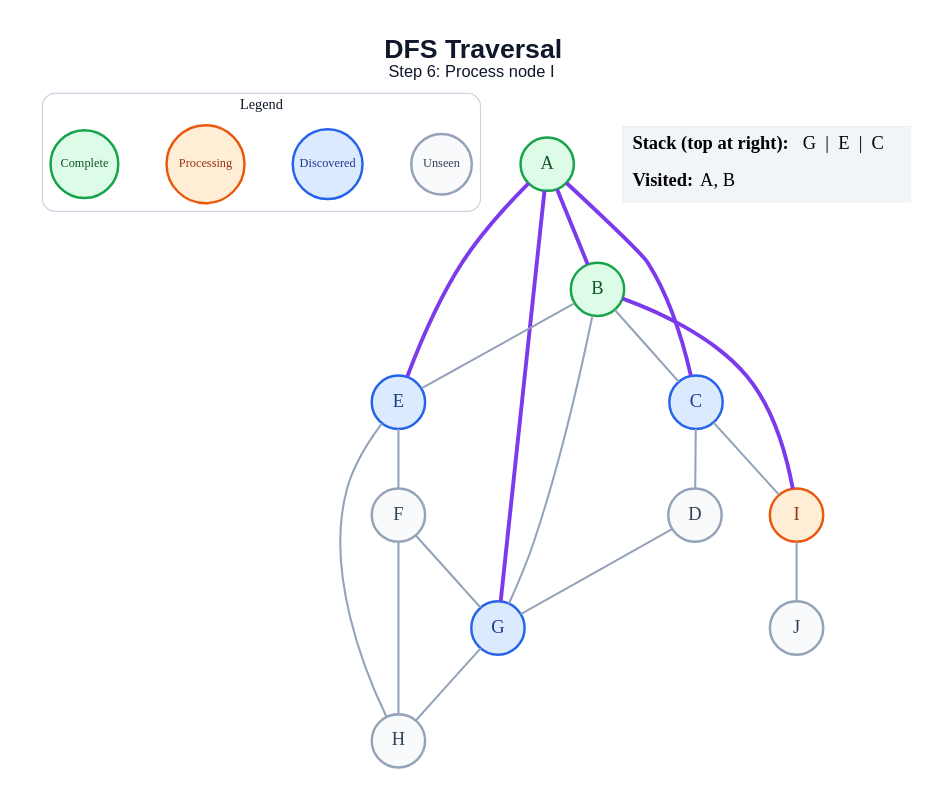
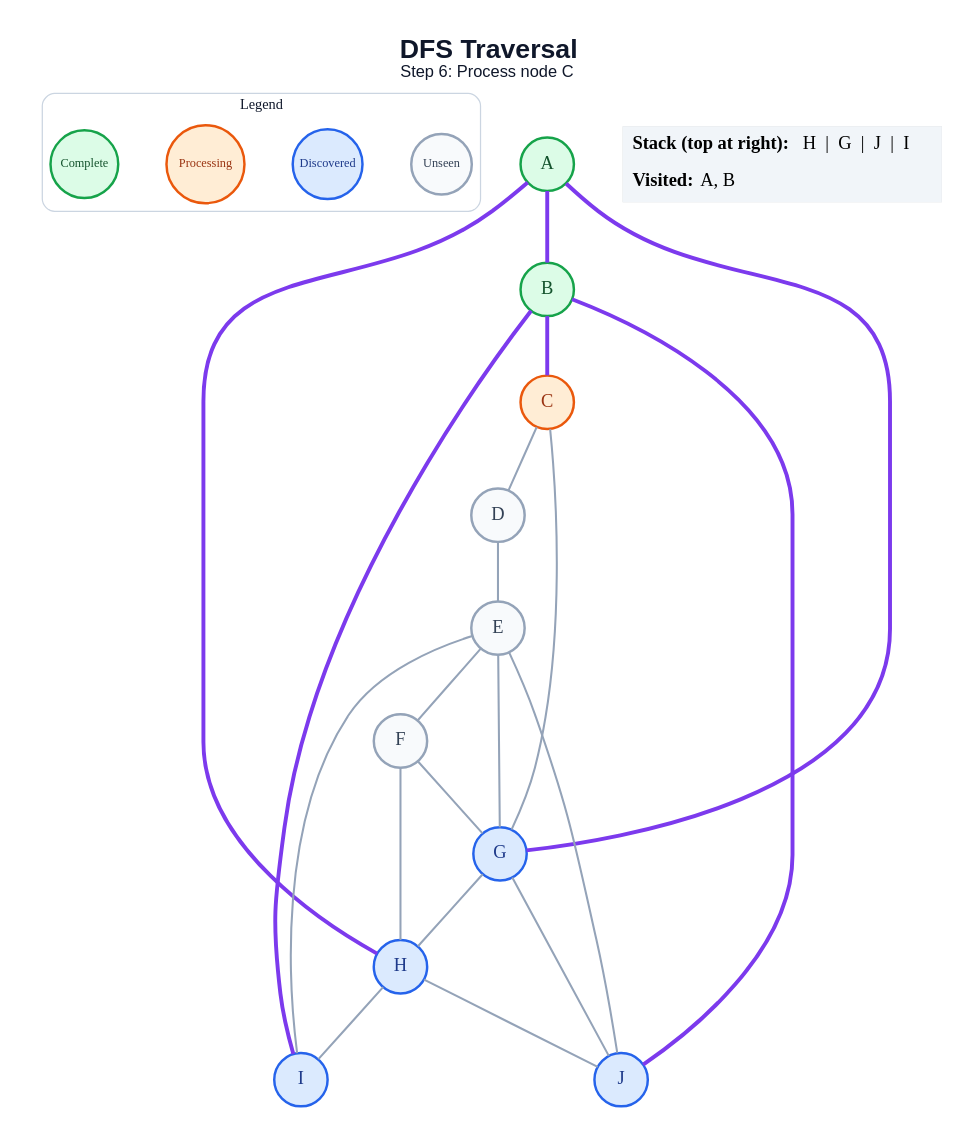
The diagram in generated/dfs/step_06.dot (anon7238593-create/ai-slop), drawn with Graphviz before and after one commit. The commit also changed 178 other files, not shown here.

```diff
--- a/generated/dfs/step_06.dot
+++ b/generated/dfs/step_06.dot
@@ -1,46 +1,48 @@
 graph traversal {
   graph [layout=dot, rankdir=TB, bgcolor="#FFFFFF", pad="0.35", nodesep="0.65", ranksep="0.8", fontname="Arial"];
   node [shape=circle, style="filled", fontname="Arial Bold", fontsize=18, width=0.72, fixedsize=true, penwidth=2.4];
   edge [color="#94A3B8", penwidth=2.0];
-  label=<<B>DFS Traversal</B><BR/><FONT POINT-SIZE="16">Step 6: Process node I</FONT>>; labelloc="t"; fontsize=26; fontname="Arial"; fontcolor="#0F172A";
+  label=<<B>DFS Traversal</B><BR/><FONT POINT-SIZE="16">Step 6: Process node C</FONT>>; labelloc="t"; fontsize=26; fontname="Arial"; fontcolor="#0F172A";
   subgraph cluster_legend { label="Legend"; color="#CBD5E1"; penwidth=1.2; style="rounded"; fontsize=14; fontname="Arial Bold";
     key_unseen [label="Unseen", fillcolor="#F8FAFC", color="#94A3B8", fontcolor="#334155", fontsize=12, width=0.82];
     key_frontier [label="Discovered", fillcolor="#DBEAFE", color="#2563EB", fontcolor="#1E3A8A", fontsize=12, width=0.95];
     key_current [label="Processing", fillcolor="#FFEDD5", color="#EA580C", fontcolor="#9A3412", fontsize=12, width=1.05];
     key_done [label="Complete", fillcolor="#DCFCE7", color="#16A34A", fontcolor="#14532D", fontsize=12, width=0.92];
     { rank=same; key_unseen; key_frontier; key_current; key_done; }
   }
   A [fillcolor="#DCFCE7", color="#16A34A", fontcolor="#14532D"];
   B [fillcolor="#DCFCE7", color="#16A34A", fontcolor="#14532D"];
-  C [fillcolor="#DBEAFE", color="#2563EB", fontcolor="#1E3A8A"];
+  C [fillcolor="#FFEDD5", color="#EA580C", fontcolor="#9A3412"];
   D [fillcolor="#F8FAFC", color="#94A3B8", fontcolor="#334155"];
-  E [fillcolor="#DBEAFE", color="#2563EB", fontcolor="#1E3A8A"];
+  E [fillcolor="#F8FAFC", color="#94A3B8", fontcolor="#334155"];
   F [fillcolor="#F8FAFC", color="#94A3B8", fontcolor="#334155"];
   G [fillcolor="#DBEAFE", color="#2563EB", fontcolor="#1E3A8A"];
-  H [fillcolor="#F8FAFC", color="#94A3B8", fontcolor="#334155"];
-  I [fillcolor="#FFEDD5", color="#EA580C", fontcolor="#9A3412"];
-  J [fillcolor="#F8FAFC", color="#94A3B8", fontcolor="#334155"];
+  H [fillcolor="#DBEAFE", color="#2563EB", fontcolor="#1E3A8A"];
+  I [fillcolor="#DBEAFE", color="#2563EB", fontcolor="#1E3A8A"];
+  J [fillcolor="#DBEAFE", color="#2563EB", fontcolor="#1E3A8A"];
   A -- B [color="#7C3AED", penwidth=3.8];
-  A -- C [color="#7C3AED", penwidth=3.8];
-  A -- E [color="#7C3AED", penwidth=3.8];
   A -- G [color="#7C3AED", penwidth=3.8];
-  B -- C;
-  B -- E;
-  B -- G;
+  A -- H [color="#7C3AED", penwidth=3.8];
+  B -- C [color="#7C3AED", penwidth=3.8];
   B -- I [color="#7C3AED", penwidth=3.8];
+  B -- J [color="#7C3AED", penwidth=3.8];
   C -- D;
-  C -- I;
-  D -- G;
+  C -- G;
+  D -- E;
   E -- F;
-  E -- H;
+  E -- G;
+  E -- I;
+  E -- J;
   F -- G;
   F -- H;
   G -- H;
-  I -- J;
+  G -- J;
+  H -- I;
+  H -- J;
   status [shape=plain, fixedsize=false, width=0, height=0, margin=0, label=<
     <TABLE BORDER="0" CELLBORDER="0" CELLPADDING="7" BGCOLOR="#F1F5F9">
-      <TR><TD ALIGN="LEFT"><B>Stack (top at right):</B> G  |  E  |  C</TD></TR>
+      <TR><TD ALIGN="LEFT"><B>Stack (top at right):</B> H  |  G  |  J  |  I</TD></TR>
       <TR><TD ALIGN="LEFT"><B>Visited:</B> A, B</TD></TR>
     </TABLE>
   >];
 }
```
